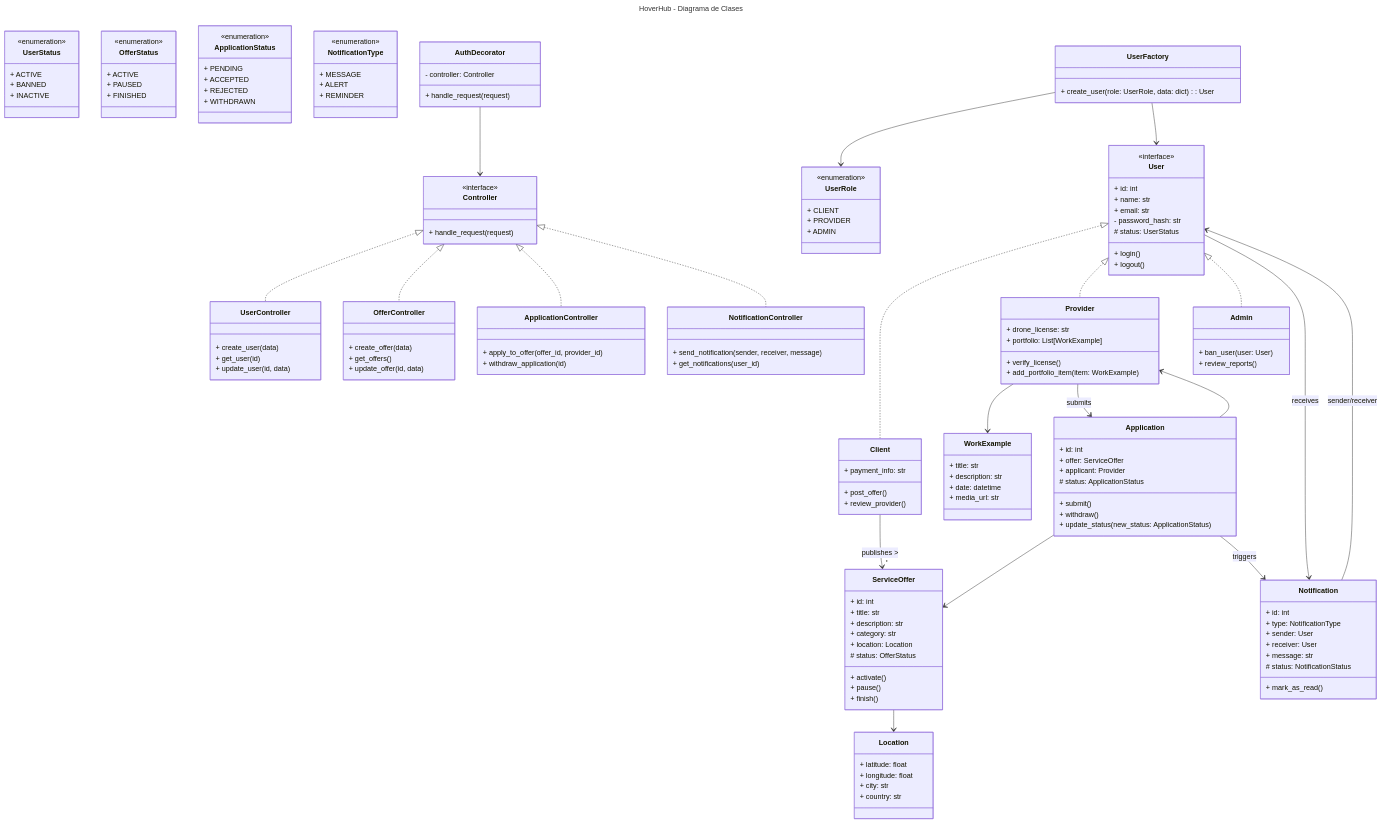
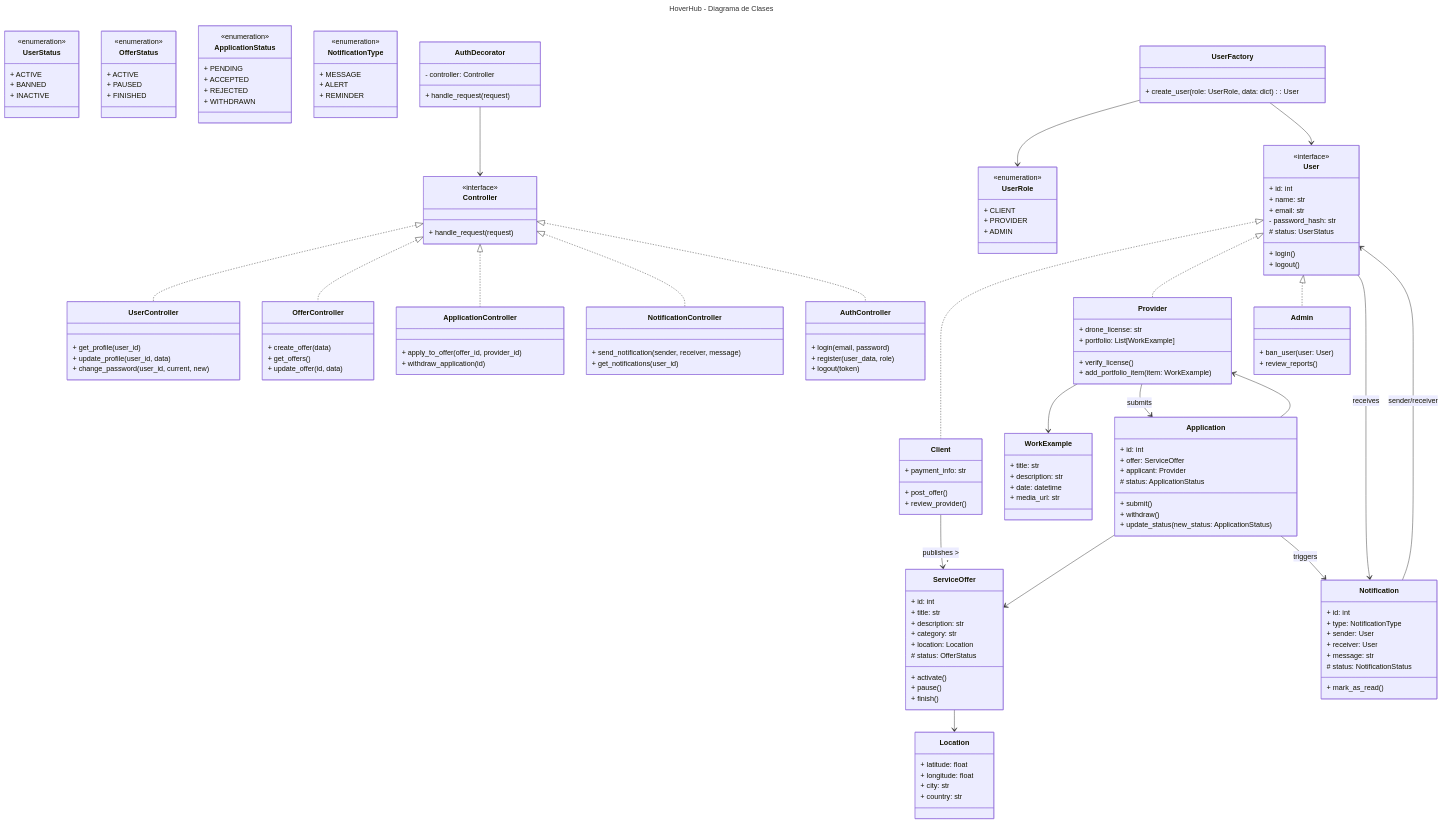
The diagram in clases.mermaid (matias-raina/hoverhub-core), drawn with Mermaid before and after one commit.

Commit message:
Update UserController and add AuthController with user profile management and authentication methods

```diff
--- a/clases.mermaid
+++ b/clases.mermaid
@@ -1,189 +1,196 @@
 ---
 title: HoverHub - Diagrama de Clases
 ---
 classDiagram
 direction TB
 
 %% ===== ENUMS =====
 class UserRole {
   <<enumeration>>
   + CLIENT
   + PROVIDER
   + ADMIN
 }
 
 class UserStatus {
   <<enumeration>>
   + ACTIVE
   + BANNED
   + INACTIVE
 }
 
 class OfferStatus {
   <<enumeration>>
   + ACTIVE
   + PAUSED
   + FINISHED
 }
 
 class ApplicationStatus {
   <<enumeration>>
   + PENDING
   + ACCEPTED
   + REJECTED
   + WITHDRAWN
 }
 
 class NotificationType {
   <<enumeration>>
   + MESSAGE
   + ALERT
   + REMINDER
 }
 
 %% ===== CORE USER DOMAIN =====
 class User {
   <<interface>>
   + id: int
   + name: str
   + email: str
   - password_hash: str
   # status: UserStatus
   + login()
   + logout()
 }
 
 class Client {
   + payment_info: str
   + post_offer()
   + review_provider()
 }
 
 class Provider {
   + drone_license: str
   + portfolio: List[WorkExample]
   + verify_license()
   + add_portfolio_item(item: WorkExample)
 }
 
 class Admin {
   + ban_user(user: User)
   + review_reports()
 }
 
 User <|.. Client
 User <|.. Provider
 User <|.. Admin
 
 %% ===== SERVICE / OFFER DOMAIN =====
 class ServiceOffer {
   + id: int
   + title: str
   + description: str
   + category: str
   + location: Location
   # status: OfferStatus
   + activate()
   + pause()
   + finish()
 }
 
 Client --> "*" ServiceOffer : publishes >
 
 %% ===== APPLICATION DOMAIN =====
 class Application {
   + id: int
   + offer: ServiceOffer
   + applicant: Provider
   # status: ApplicationStatus
   + submit()
   + withdraw()
   + update_status(new_status: ApplicationStatus)
 }
 
 Application --> Provider
 Application --> ServiceOffer
 
 %% ===== NOTIFICATIONS =====
 class Notification {
   + id: int
   + type: NotificationType
   + sender: User
   + receiver: User
   + message: str
   # status: NotificationStatus
   + mark_as_read()
 }
 
 Notification --> User : sender/receiver
 
 %% ===== CONTROLLERS / DECORATORS =====
 class Controller {
   <<interface>>
   + handle_request(request)
 }
 
 class UserController {
-  + create_user(data)
-  + get_user(id)
-  + update_user(id, data)
+  + get_profile(user_id)
+  + update_profile(user_id, data)
+  + change_password(user_id, current, new)
 }
 
 class OfferController {
   + create_offer(data)
   + get_offers()
   + update_offer(id, data)
 }
 
 class ApplicationController {
   + apply_to_offer(offer_id, provider_id)
   + withdraw_application(id)
 }
 
 class NotificationController {
   + send_notification(sender, receiver, message)
   + get_notifications(user_id)
 }
 
+class AuthController {
+  + login(email, password)
+  + register(user_data, role)
+  + logout(token)
+}
+
 Controller <|.. UserController
 Controller <|.. OfferController
 Controller <|.. ApplicationController
 Controller <|.. NotificationController
+Controller <|.. AuthController
 
 class AuthDecorator {
   - controller: Controller
   + handle_request(request)
 }
 
 AuthDecorator --> Controller
 
 %% ===== FACTORY =====
 class UserFactory {
   + create_user(role: UserRole, data: dict) : User
 }
 
 UserFactory --> UserRole
 UserFactory --> User
 
 %% ===== UTIL / SUPPORT CLASSES =====
 class Location {
   + latitude: float
   + longitude: float
   + city: str
   + country: str
 }
 
 class WorkExample {
   + title: str
   + description: str
   + date: datetime
   + media_url: str
 }
 
 Provider --> WorkExample
 ServiceOffer --> Location
 
 %% ===== RELATIONS =====
 User --> Notification : receives
 Provider --> Application : submits
 Application --> Notification : triggers
```
